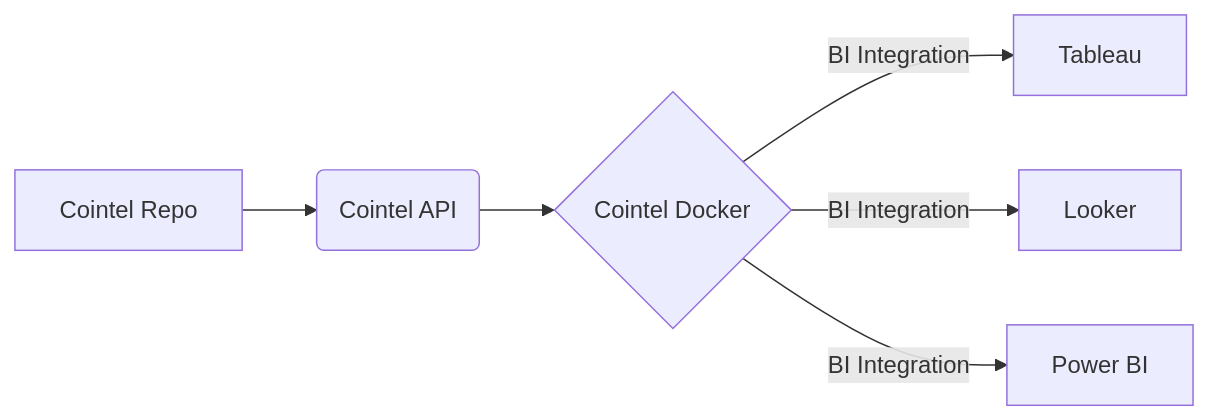
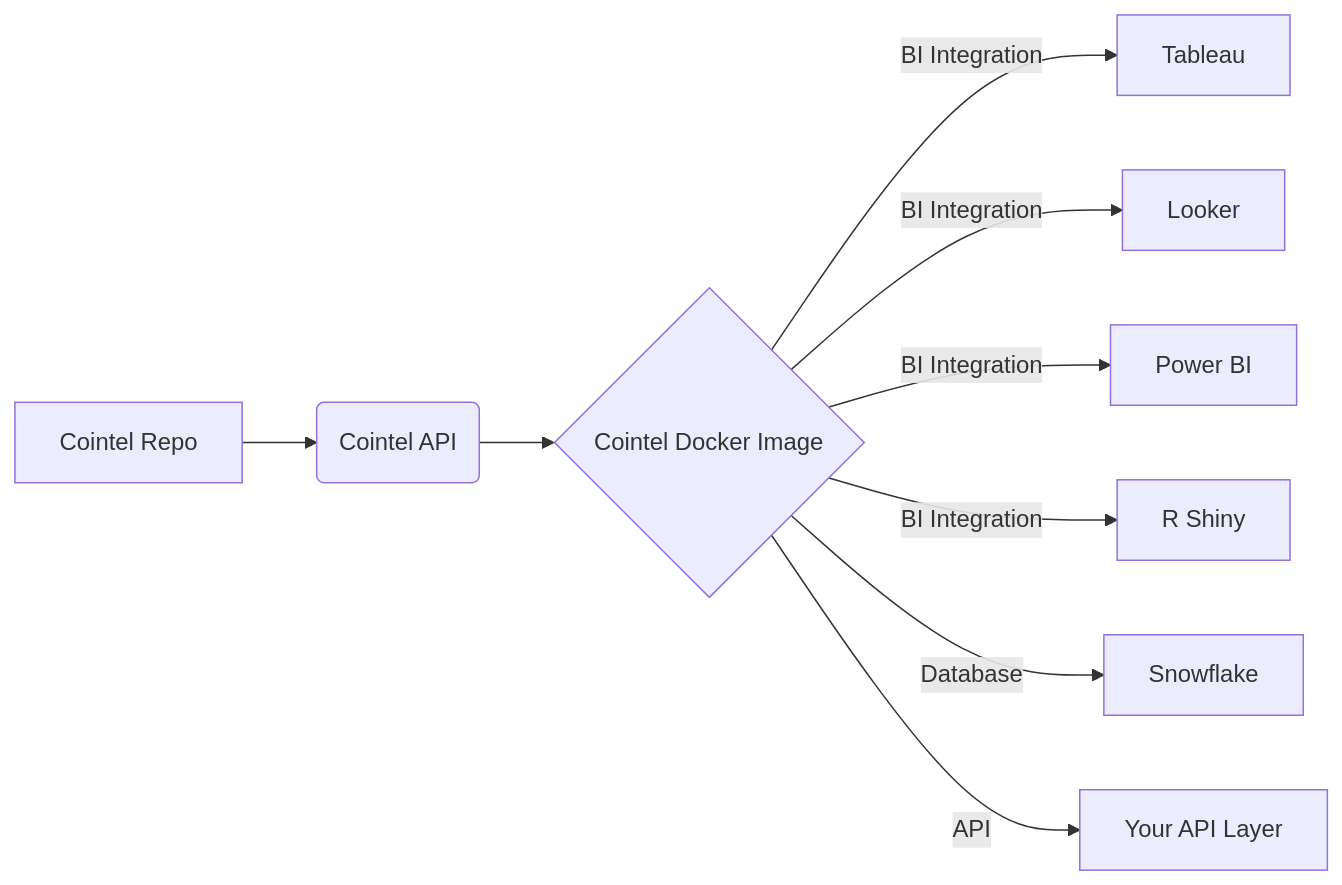
The diagram in README.md (cointelfinance/cointelfinance), drawn with Mermaid before and after one commit. The commit also changed other lines of this file, not shown here.

````diff
--- a/README.md
+++ b/README.md
@@ -2,8 +2,11 @@
 ```mermaid
 flowchart LR
 A[Cointel Repo] --> B(Cointel API)
-B --> C{Cointel Docker}
+B --> C{Cointel Docker Image}
 C -->|BI Integration| D[Tableau]
 C -->|BI Integration| E[Looker]
 C -->|BI Integration| F[Power BI]
+C -->|BI Integration| G[R Shiny]
+C -->|Database| H[Snowflake]
+C -->|API| I[Your API Layer]
 ```
````
